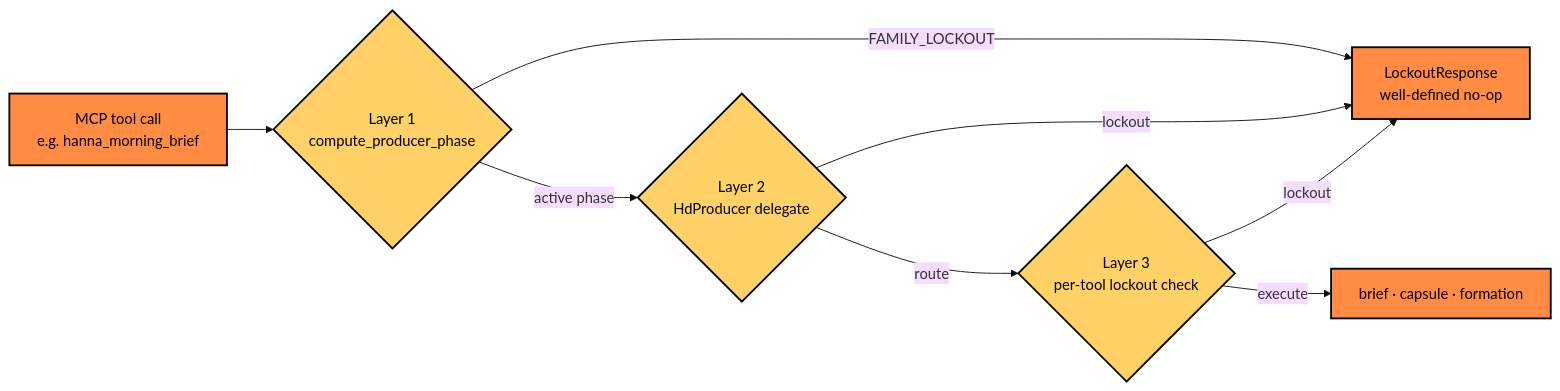
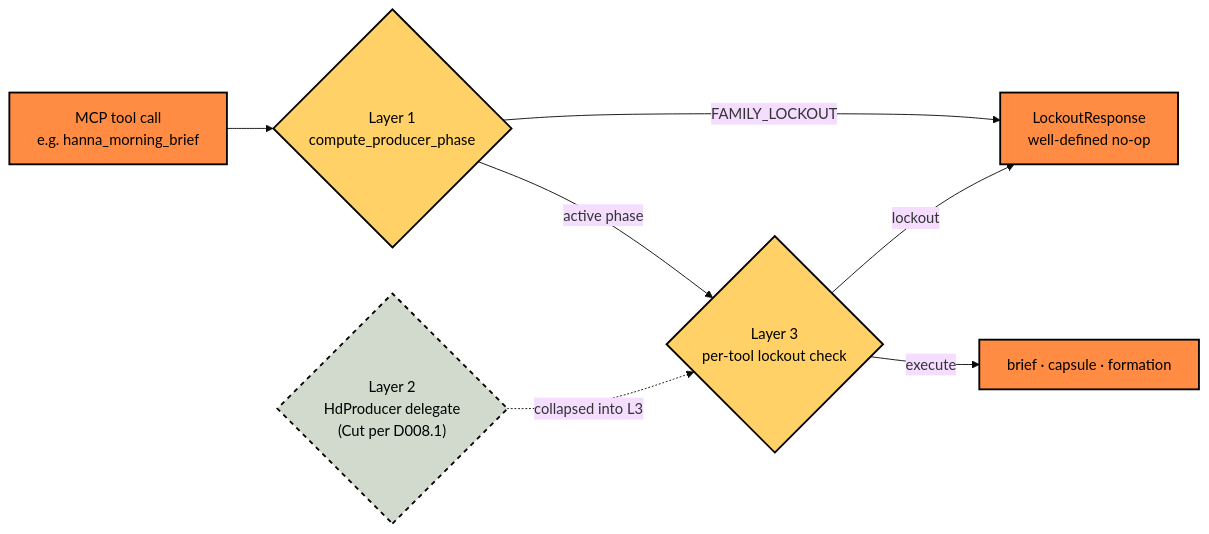
One commit to JosephOIbrahim/Hanna changed the third of 4 diagrams in README.md. Above: the diagram before and after it, drawn with Mermaid (base theme). The commit also changed other lines of this file and 3 other files, not shown here.

````diff
--- a/README.md
+++ b/README.md
@@ -77,20 +77,20 @@
 ```mermaid
 flowchart LR
     classDef gate   fill:#FFD166,stroke:#000000,stroke-width:2px,color:#000000
     classDef block  fill:#FF8C42,stroke:#000000,stroke-width:2px,color:#000000
+    classDef cut    fill:#D2DACE,stroke:#000000,stroke-width:2px,color:#000000,stroke-dasharray:5 5
 
     Call["MCP tool call<br/>e.g. hanna_morning_brief"]:::block
     L1{"Layer 1<br/>compute_producer_phase"}:::gate
-    L2{"Layer 2<br/>HdProducer delegate"}:::gate
+    L2{"Layer 2<br/>HdProducer delegate<br/>(Cut per D008.1)"}:::cut
     L3{"Layer 3<br/>per-tool lockout check"}:::gate
     Stop["LockoutResponse<br/>well-defined no-op"]:::block
     Out["brief · capsule · formation"]:::block
 
     Call --> L1
     L1 -->|"FAMILY_LOCKOUT"| Stop
-    L1 -->|"active phase"| L2
-    L2 -->|"lockout"| Stop
-    L2 -->|"route"| L3
+    L1 -->|"active phase"| L3
     L3 -->|"lockout"| Stop
     L3 -->|"execute"| Out
+    L2 -.->|"collapsed into L3"| L3
 ```
````
